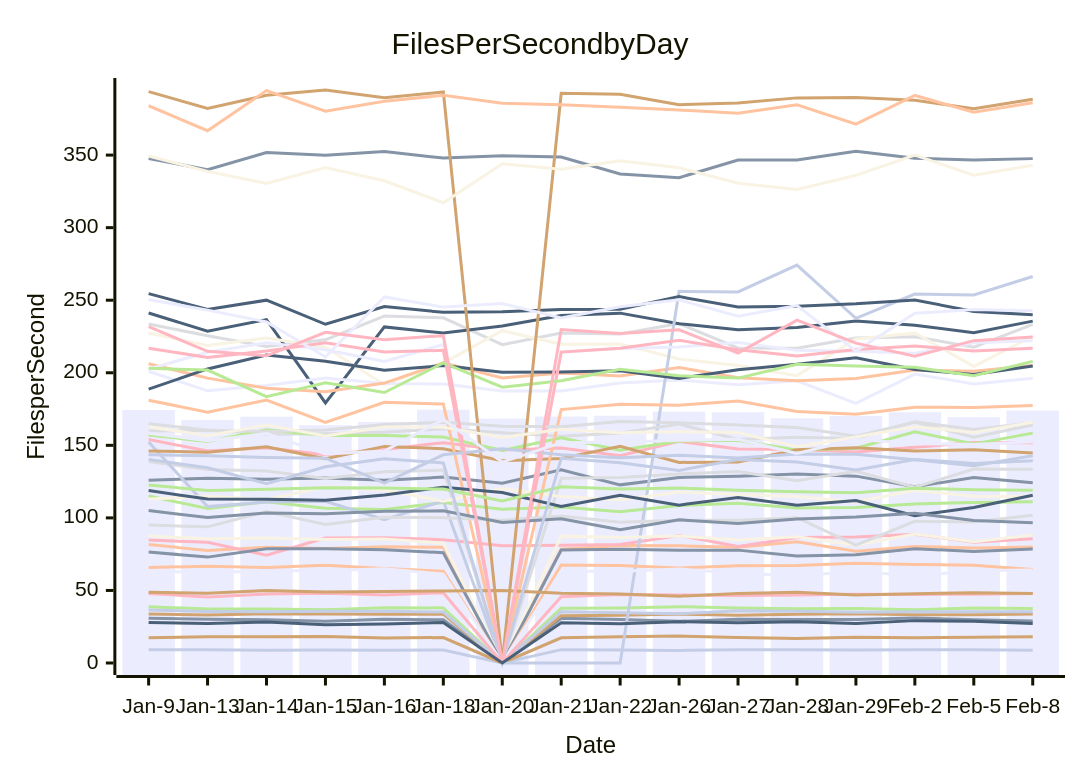
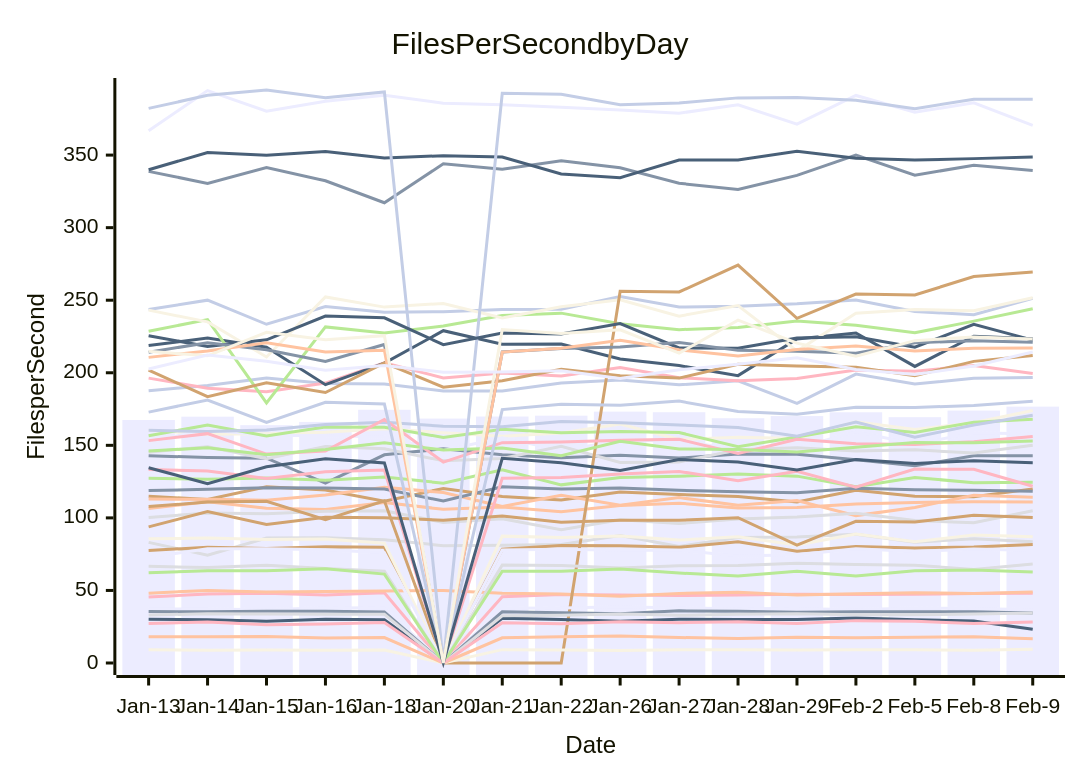
One commit to streetsidesoftware/cspell changed the diagram in perf-report.md. Above: the diagram before and after it, drawn with Mermaid. The commit also changed other lines of this file and 1 other file, not shown here.

````diff
--- a/perf-report.md
+++ b/perf-report.md
@@ -10,57 +10,57 @@
 ```mermaid
 xychart-beta
     title Files Per Second by Day
     y-axis Files per Second
-    x-axis Date [Jan-9, Jan-13, Jan-14, Jan-15, Jan-16, Jan-18, Jan-20, Jan-21, Jan-22, Jan-26, Jan-27, Jan-28, Jan-29, Feb-2, Feb-5, Feb-8]
-    bar [174.36, 167.48, 169.75, 163.88, 166.13, 174.50, 168.43, 169.86, 170.44, 173.21, 172.82, 168.69, 170.17, 172.76, 169.39, 173.94]
-    line [30.82, 30.13, 29.74, 28.69, 30.19, 29.74, 0.00, 30.87, 30.00, 28.70, 30.12, 29.90, 29.99, 31.08, 29.80, 28.87]
-    line [81.62, 77.54, 79.76, 78.94, 80.05, 79.79, 0.00, 78.41, 81.03, 80.80, 79.69, 83.58, 77.01, 80.34, 79.32, 79.86]
-    line [233.60, 225.53, 218.14, 222.73, 239.07, 237.86, 219.38, 227.33, 226.70, 233.87, 217.12, 216.93, 224.01, 224.86, 217.64, 233.33]
-    line [115.11, 106.48, 111.07, 106.70, 105.83, 110.59, 105.90, 107.50, 104.30, 108.52, 110.13, 106.78, 107.20, 109.65, 110.63, 111.16]
-    line [33.82, 33.01, 34.00, 33.70, 33.67, 33.62, 0.00, 32.53, 32.97, 33.70, 32.82, 33.62, 33.93, 33.23, 33.25, 33.77]
-    line [9.21, 9.09, 8.82, 8.93, 8.76, 8.99, 0.00, 9.21, 8.99, 8.69, 9.06, 9.17, 8.90, 9.14, 9.10, 8.87]
-    line [84.72, 83.13, 74.36, 86.16, 86.38, 84.98, 80.87, 81.08, 81.74, 87.91, 80.34, 86.50, 86.84, 88.66, 83.22, 85.59]
-    line [241.19, 228.64, 236.61, 179.24, 231.58, 227.41, 232.25, 239.53, 241.09, 233.83, 229.73, 231.27, 235.75, 232.76, 227.56, 235.60]
-    line [227.46, 218.81, 223.94, 217.59, 191.78, 206.70, 229.01, 219.68, 219.77, 209.49, 204.94, 198.04, 223.32, 227.45, 204.37, 225.14]
-    line [201.04, 187.54, 191.28, 196.46, 192.64, 192.25, 187.45, 187.38, 192.87, 195.04, 191.69, 194.48, 178.97, 199.11, 192.32, 196.15]
-    line [125.98, 127.26, 126.67, 127.57, 126.01, 128.09, 123.93, 133.11, 122.76, 127.88, 128.69, 130.23, 128.77, 121.54, 127.82, 124.27]
-    line [206.27, 196.30, 189.40, 186.97, 192.92, 206.92, 196.43, 199.84, 197.78, 203.69, 196.52, 194.52, 195.98, 201.87, 201.12, 204.97]
-    line [138.88, 133.26, 132.31, 127.23, 131.76, 132.93, 0.00, 127.27, 127.81, 130.32, 132.03, 125.54, 132.09, 121.09, 133.64, 133.48]
-    line [38.77, 37.19, 37.15, 36.65, 38.13, 37.95, 0.00, 37.76, 37.89, 38.81, 37.93, 37.35, 37.58, 36.65, 37.87, 37.52]
-    line [17.44, 18.04, 18.04, 18.22, 17.23, 17.55, 0.00, 17.39, 18.17, 18.55, 17.57, 16.82, 17.76, 17.39, 17.79, 18.01]
-    line [152.37, 107.78, 110.93, 111.50, 98.69, 111.74, 0.00, 0.00, 0.00, 256.11, 255.68, 274.20, 237.51, 254.20, 253.57, 266.34]
-    line [153.98, 146.13, 148.32, 143.55, 147.19, 151.83, 146.83, 148.17, 142.81, 152.72, 147.54, 147.09, 145.41, 148.70, 151.93, 151.71]
-    line [188.73, 202.65, 212.27, 207.96, 201.68, 204.97, 200.41, 200.50, 201.35, 196.11, 202.03, 205.84, 210.33, 202.30, 198.84, 204.68]
-    line [87.60, 85.54, 86.15, 85.12, 85.43, 82.51, 0.00, 87.43, 86.48, 87.49, 84.71, 86.94, 81.29, 88.85, 83.51, 88.25]
-    line [202.60, 214.18, 220.74, 215.80, 207.87, 219.52, 0.00, 214.36, 216.75, 217.84, 220.87, 215.44, 214.77, 213.40, 220.70, 222.08]
-    line [76.50, 72.97, 78.65, 78.72, 77.98, 76.03, 0.00, 77.82, 78.41, 77.74, 77.78, 73.82, 74.60, 78.73, 76.88, 78.62]
-    line [65.84, 66.66, 65.78, 67.40, 65.04, 63.23, 0.00, 67.48, 67.27, 65.41, 67.07, 67.22, 68.71, 67.83, 67.42, 64.50]
-    line [164.91, 160.36, 157.59, 157.97, 159.04, 161.40, 158.69, 156.26, 158.43, 164.60, 154.09, 155.59, 154.71, 166.16, 160.94, 165.57]
-    line [157.09, 152.68, 160.69, 156.79, 156.81, 155.73, 146.52, 155.23, 146.60, 152.95, 153.44, 146.68, 148.04, 159.34, 150.93, 158.41]
-    line [146.15, 145.30, 149.05, 140.78, 149.26, 147.65, 139.36, 140.95, 149.41, 138.21, 138.55, 146.90, 148.25, 146.04, 146.87, 144.71]
-    line [36.49, 35.46, 35.24, 35.59, 35.58, 35.07, 0.00, 35.24, 34.68, 33.94, 35.92, 35.70, 34.97, 35.24, 35.24, 35.29]
-    line [216.92, 210.61, 215.07, 220.69, 214.26, 215.48, 0.00, 214.23, 216.83, 222.41, 215.81, 211.64, 216.10, 218.52, 215.06, 216.88]
-    line [254.55, 243.64, 250.04, 233.42, 245.62, 241.64, 242.10, 243.52, 243.78, 252.46, 245.33, 245.88, 247.56, 250.17, 242.23, 239.94]
-    line [112.94, 114.87, 112.73, 121.37, 119.21, 111.41, 120.28, 114.69, 112.28, 117.78, 116.14, 114.78, 110.96, 118.96, 114.84, 114.56]
-    line [63.67, 62.15, 63.63, 63.52, 64.93, 61.26, 0.00, 63.19, 63.24, 64.72, 62.00, 60.00, 63.28, 59.94, 63.60, 64.06]
-    line [347.65, 339.94, 351.75, 349.84, 352.46, 347.95, 349.61, 348.67, 336.98, 334.45, 346.57, 346.60, 352.58, 347.78, 346.57, 347.57]
-    line [181.04, 172.87, 181.24, 165.83, 179.67, 178.49, 0.00, 174.64, 178.29, 177.69, 180.46, 173.36, 171.47, 176.27, 176.08, 177.50]
-    line [95.10, 93.83, 104.36, 95.41, 100.49, 100.17, 98.43, 101.26, 97.05, 98.45, 98.30, 100.11, 81.16, 97.62, 97.16, 101.86]
-    line [203.10, 201.84, 183.49, 193.18, 186.41, 206.76, 190.09, 194.48, 202.39, 197.93, 196.32, 205.82, 204.70, 203.85, 198.04, 207.86]
-    line [393.74, 382.18, 391.17, 394.86, 389.55, 393.53, 0.00, 392.61, 391.87, 384.72, 385.87, 389.43, 389.76, 387.86, 381.95, 388.55]
-    line [143.49, 142.76, 141.64, 141.15, 123.99, 143.49, 147.59, 143.59, 141.42, 143.21, 141.20, 143.98, 143.78, 140.14, 135.87, 142.86]
-    line [47.88, 45.48, 47.52, 48.15, 46.82, 48.44, 0.00, 45.59, 47.24, 46.87, 46.43, 46.80, 47.45, 47.29, 47.35, 47.86]
-    line [118.83, 112.95, 112.89, 112.17, 115.75, 121.13, 117.45, 107.89, 115.63, 108.80, 113.98, 108.63, 112.03, 101.57, 107.21, 115.59]
-    line [349.42, 338.80, 330.51, 341.37, 332.29, 317.17, 344.00, 340.27, 346.07, 341.26, 330.59, 326.24, 336.05, 350.02, 336.18, 342.95]
-    line [250.47, 243.18, 235.07, 210.91, 252.26, 245.25, 247.79, 237.71, 245.48, 250.24, 239.03, 246.34, 215.04, 240.95, 243.60, 242.70]
-    line [105.08, 100.22, 103.42, 102.77, 104.55, 104.84, 96.90, 99.42, 91.88, 98.65, 96.11, 99.25, 100.66, 103.18, 98.24, 96.65]
-    line [384.01, 366.78, 394.48, 380.24, 387.08, 391.19, 385.76, 384.74, 382.99, 381.11, 378.87, 384.64, 371.32, 391.09, 379.53, 386.07]
-    line [159.91, 160.33, 159.51, 160.62, 164.27, 165.83, 163.17, 162.82, 166.39, 165.48, 164.06, 162.34, 156.27, 166.07, 155.61, 164.06]
-    line [122.67, 118.82, 119.70, 120.72, 120.60, 119.83, 111.61, 121.49, 119.94, 120.57, 119.01, 117.99, 117.30, 120.43, 119.43, 118.96]
-    line [48.81, 48.15, 49.96, 48.86, 49.35, 49.61, 49.98, 48.14, 47.57, 46.02, 47.96, 48.80, 46.78, 47.79, 48.42, 47.97]
-    line [140.31, 134.58, 123.64, 135.23, 140.79, 137.86, 0.00, 141.02, 138.02, 132.73, 140.24, 138.48, 133.03, 140.20, 137.55, 139.32]
-    line [231.74, 214.77, 211.68, 227.93, 222.84, 225.57, 0.00, 229.76, 226.99, 229.64, 213.50, 236.23, 220.41, 211.45, 222.13, 224.72]
-    line [27.98, 27.25, 28.25, 26.29, 26.94, 27.92, 0.00, 27.74, 27.10, 28.41, 27.77, 28.43, 27.26, 29.20, 28.78, 27.22]
-    line [162.81, 156.59, 163.92, 156.50, 162.70, 162.52, 155.39, 161.05, 158.62, 159.47, 158.84, 149.03, 155.81, 162.82, 158.93, 165.88]
-    line [158.28, 153.24, 158.05, 143.97, 146.11, 167.84, 138.47, 151.83, 152.31, 153.48, 154.19, 144.39, 154.19, 151.10, 150.58, 152.48]
+    x-axis Date [Jan-13, Jan-14, Jan-15, Jan-16, Jan-18, Jan-20, Jan-21, Jan-22, Jan-26, Jan-27, Jan-28, Jan-29, Feb-2, Feb-5, Feb-8, Feb-9]
+    bar [167.48, 169.75, 163.88, 166.13, 174.50, 168.43, 169.86, 170.44, 173.21, 172.82, 168.69, 170.17, 172.76, 169.39, 173.94, 176.68]
+    line [142.76, 141.64, 141.15, 123.99, 143.49, 147.59, 143.59, 141.42, 143.21, 141.20, 143.98, 143.78, 140.14, 135.87, 142.86, 142.75]
+    line [106.48, 111.07, 106.70, 105.83, 110.59, 105.90, 107.50, 104.30, 108.52, 110.13, 106.78, 107.20, 109.65, 110.63, 111.16, 110.94]
+    line [83.13, 74.36, 86.16, 86.38, 84.98, 80.87, 81.08, 81.74, 87.91, 80.34, 86.50, 86.84, 88.66, 83.22, 85.59, 83.52]
+    line [127.26, 126.67, 127.57, 126.01, 128.09, 123.93, 133.11, 122.76, 127.88, 128.69, 130.23, 128.77, 121.54, 127.82, 124.27, 124.62]
+    line [114.87, 112.73, 121.37, 119.21, 111.41, 120.28, 114.69, 112.28, 117.78, 116.14, 114.78, 110.96, 118.96, 114.84, 114.56, 119.99]
+    line [187.54, 191.28, 196.46, 192.64, 192.25, 187.45, 187.38, 192.87, 195.04, 191.69, 194.48, 178.97, 199.11, 192.32, 196.15, 196.80]
+    line [196.30, 189.40, 186.97, 192.92, 206.92, 196.43, 199.84, 197.78, 203.69, 196.52, 194.52, 195.98, 201.87, 201.12, 204.97, 199.43]
+    line [218.81, 223.94, 217.59, 191.78, 206.70, 229.01, 219.68, 219.77, 209.49, 204.94, 198.04, 223.32, 227.45, 204.37, 225.14, 223.42]
+    line [160.36, 157.59, 157.97, 159.04, 161.40, 158.69, 156.26, 158.43, 164.60, 154.09, 155.59, 154.71, 166.16, 160.94, 165.57, 174.04]
+    line [152.68, 160.69, 156.79, 156.81, 155.73, 146.52, 155.23, 146.60, 152.95, 153.44, 146.68, 148.04, 159.34, 150.93, 158.41, 157.97]
+    line [338.80, 330.51, 341.37, 332.29, 317.17, 344.00, 340.27, 346.07, 341.26, 330.59, 326.24, 336.05, 350.02, 336.18, 342.95, 339.36]
+    line [112.95, 112.89, 112.17, 115.75, 121.13, 117.45, 107.89, 115.63, 108.80, 113.98, 108.63, 112.03, 101.57, 107.21, 115.59, 114.29]
+    line [145.30, 149.05, 140.78, 149.26, 147.65, 139.36, 140.95, 149.41, 138.21, 138.55, 146.90, 148.25, 146.04, 146.87, 144.71, 150.09]
+    line [228.64, 236.61, 179.24, 231.58, 227.41, 232.25, 239.53, 241.09, 233.83, 229.73, 231.27, 235.75, 232.76, 227.56, 235.60, 244.14]
+    line [201.84, 183.49, 193.18, 186.41, 206.76, 190.09, 194.48, 202.39, 197.93, 196.32, 205.82, 204.70, 203.85, 198.04, 207.86, 211.91]
+    line [243.64, 250.04, 233.42, 245.62, 241.64, 242.10, 243.52, 243.78, 252.46, 245.33, 245.88, 247.56, 250.17, 242.23, 239.94, 251.24]
+    line [45.48, 47.52, 48.15, 46.82, 48.44, 0.00, 45.59, 47.24, 46.87, 46.43, 46.80, 47.45, 47.29, 47.35, 47.86, 48.05]
+    line [339.94, 351.75, 349.84, 352.46, 347.95, 349.61, 348.67, 336.98, 334.45, 346.57, 346.60, 352.58, 347.78, 346.57, 347.57, 348.75]
+    line [243.18, 235.07, 210.91, 252.26, 245.25, 247.79, 237.71, 245.48, 250.24, 239.03, 246.34, 215.04, 240.95, 243.60, 242.70, 251.69]
+    line [366.78, 394.48, 380.24, 387.08, 391.19, 385.76, 384.74, 382.99, 381.11, 378.87, 384.64, 371.32, 391.09, 379.53, 386.07, 370.43]
+    line [118.82, 119.70, 120.72, 120.60, 119.83, 111.61, 121.49, 119.94, 120.57, 119.01, 117.99, 117.30, 120.43, 119.43, 118.96, 118.43]
+    line [48.15, 49.96, 48.86, 49.35, 49.61, 49.98, 48.14, 47.57, 46.02, 47.96, 48.80, 46.78, 47.79, 48.42, 47.97, 48.95]
+    line [100.22, 103.42, 102.77, 104.55, 104.84, 96.90, 99.42, 91.88, 98.65, 96.11, 99.25, 100.66, 103.18, 98.24, 96.65, 104.96]
+    line [156.59, 163.92, 156.50, 162.70, 162.52, 155.39, 161.05, 158.62, 159.47, 158.84, 149.03, 155.81, 162.82, 158.93, 165.88, 167.89]
+    line [107.78, 110.93, 111.50, 98.69, 111.74, 0.00, 0.00, 0.00, 256.11, 255.68, 274.20, 237.51, 254.20, 253.57, 266.34, 269.39]
+    line [160.33, 159.51, 160.62, 164.27, 165.83, 163.17, 162.82, 166.39, 165.48, 164.06, 162.34, 156.27, 166.07, 155.61, 164.06, 170.66]
+    line [153.24, 158.05, 143.97, 146.11, 167.84, 138.47, 151.83, 152.31, 153.48, 154.19, 144.39, 154.19, 151.10, 150.58, 152.48, 156.02]
+    line [30.13, 29.74, 28.69, 30.19, 29.74, 0.00, 30.87, 30.00, 28.70, 30.12, 29.90, 29.99, 31.08, 29.80, 28.87, 23.26]
+    line [9.09, 8.82, 8.93, 8.76, 8.99, 0.00, 9.21, 8.99, 8.69, 9.06, 9.17, 8.90, 9.14, 9.10, 8.87, 9.39]
+    line [37.19, 37.15, 36.65, 38.13, 37.95, 0.00, 37.76, 37.89, 38.81, 37.93, 37.35, 37.58, 36.65, 37.87, 37.52, 36.62]
+    line [35.46, 35.24, 35.59, 35.58, 35.07, 0.00, 35.24, 34.68, 33.94, 35.92, 35.70, 34.97, 35.24, 35.24, 35.29, 34.51]
+    line [18.04, 18.04, 18.22, 17.23, 17.55, 0.00, 17.39, 18.17, 18.55, 17.57, 16.82, 17.76, 17.39, 17.79, 18.01, 16.74]
+    line [33.01, 34.00, 33.70, 33.67, 33.62, 0.00, 32.53, 32.97, 33.70, 32.82, 33.62, 33.93, 33.23, 33.25, 33.77, 34.38]
+    line [146.13, 148.32, 143.55, 147.19, 151.83, 146.83, 148.17, 142.81, 152.72, 147.54, 147.09, 145.41, 148.70, 151.93, 151.71, 152.93]
+    line [77.54, 79.76, 78.94, 80.05, 79.79, 0.00, 78.41, 81.03, 80.80, 79.69, 83.58, 77.01, 80.34, 79.32, 79.86, 81.63]
+    line [382.18, 391.17, 394.86, 389.55, 393.53, 0.00, 392.61, 391.87, 384.72, 385.87, 389.43, 389.76, 387.86, 381.95, 388.55, 388.50]
+    line [133.26, 132.31, 127.23, 131.76, 132.93, 0.00, 127.27, 127.81, 130.32, 132.03, 125.54, 132.09, 121.09, 133.64, 133.48, 121.84]
+    line [225.53, 218.14, 222.73, 239.07, 237.86, 219.38, 227.33, 226.70, 233.87, 217.12, 216.93, 224.01, 224.86, 217.64, 233.33, 222.49]
+    line [85.54, 86.15, 85.12, 85.43, 82.51, 0.00, 87.43, 86.48, 87.49, 84.71, 86.94, 81.29, 88.85, 83.51, 88.25, 87.06]
+    line [72.97, 78.65, 78.72, 77.98, 76.03, 0.00, 77.82, 78.41, 77.74, 77.78, 73.82, 74.60, 78.73, 76.88, 78.62, 77.47]
+    line [214.18, 220.74, 215.80, 207.87, 219.52, 0.00, 214.36, 216.75, 217.84, 220.87, 215.44, 214.77, 213.40, 220.70, 222.08, 221.01]
+    line [210.61, 215.07, 220.69, 214.26, 215.48, 0.00, 214.23, 216.83, 222.41, 215.81, 211.64, 216.10, 218.52, 215.06, 216.88, 216.99]
+    line [66.66, 65.78, 67.40, 65.04, 63.23, 0.00, 67.48, 67.27, 65.41, 67.07, 67.22, 68.71, 67.83, 67.42, 64.50, 68.29]
+    line [62.15, 63.63, 63.52, 64.93, 61.26, 0.00, 63.19, 63.24, 64.72, 62.00, 60.00, 63.28, 59.94, 63.60, 64.06, 62.64]
+    line [93.83, 104.36, 95.41, 100.49, 100.17, 98.43, 101.26, 97.05, 98.45, 98.30, 100.11, 81.16, 97.62, 97.16, 101.86, 100.35]
+    line [172.87, 181.24, 165.83, 179.67, 178.49, 0.00, 174.64, 178.29, 177.69, 180.46, 173.36, 171.47, 176.27, 176.08, 177.50, 180.37]
+    line [27.25, 28.25, 26.29, 26.94, 27.92, 0.00, 27.74, 27.10, 28.41, 27.77, 28.43, 27.26, 29.20, 28.78, 27.22, 28.25]
+    line [134.58, 123.64, 135.23, 140.79, 137.86, 0.00, 141.02, 138.02, 132.73, 140.24, 138.48, 133.03, 140.20, 137.55, 139.32, 138.06]
+    line [214.77, 211.68, 227.93, 222.84, 225.57, 0.00, 229.76, 226.99, 229.64, 213.50, 236.23, 220.41, 211.45, 222.13, 224.72, 223.26]
+    line [202.65, 212.27, 207.96, 201.68, 204.97, 200.41, 200.50, 201.35, 196.11, 202.03, 205.84, 210.33, 202.30, 198.84, 204.68, 214.35]
 ```
````
